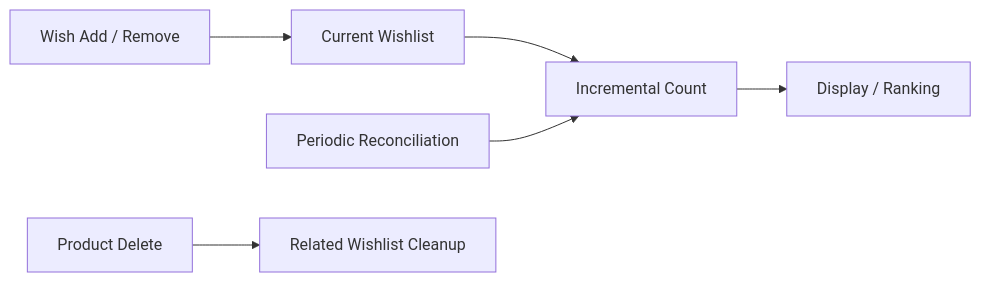
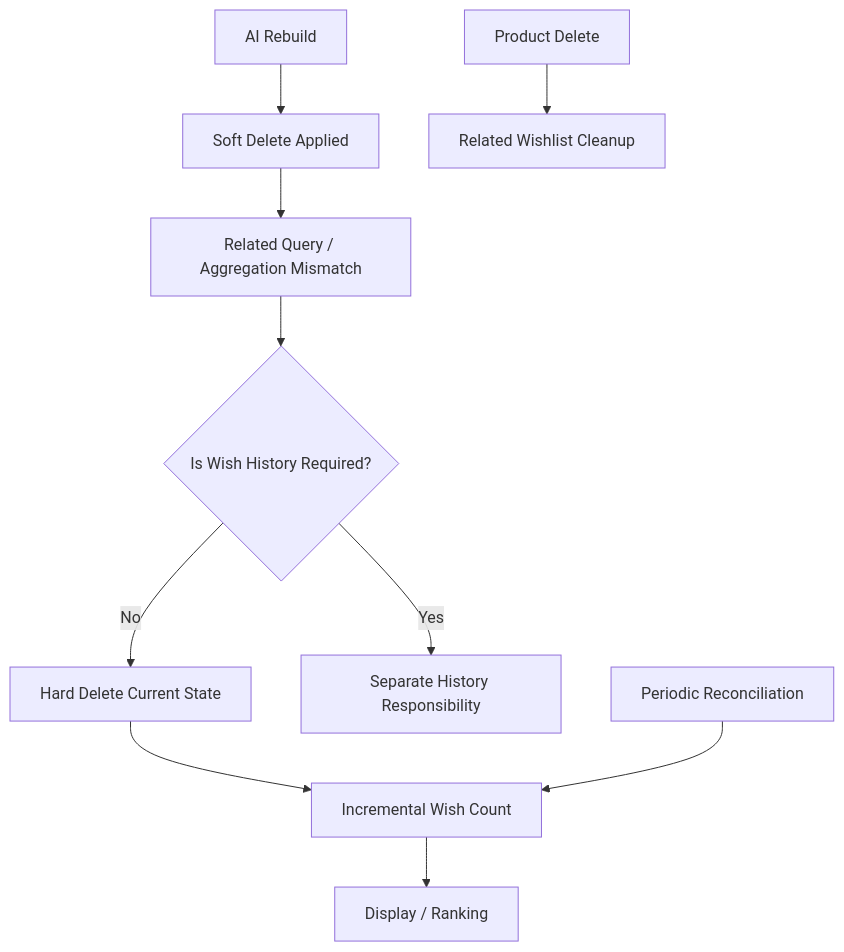
The first of 4 diagrams in resume/zigzag/index.md (dev-wonny/engineering-notes), drawn with Mermaid before and after one commit. The commit also changed other lines of this file, not shown here.

Commit message:
Lead DS experience with AI wishlist domain redesign

````diff
--- a/resume/zigzag/index.md
+++ b/resume/zigzag/index.md
@@ -37,8 +113,12 @@
 ```mermaid
-flowchart LR
-    A[Wish Add / Remove] --> B[Current Wishlist]
-    B --> C[Incremental Count]
-    C --> D[Display / Ranking]
-    E[Periodic Reconciliation] --> C
-    F[Product Delete] --> G[Related Wishlist Cleanup]
+flowchart TD
+    A[AI Rebuild] --> B[Soft Delete Applied]
+    B --> C[Related Query / Aggregation Mismatch]
+    C --> D{Is Wish History Required?}
+    D -->|No| E[Hard Delete Current State]
+    D -->|Yes| F[Separate History Responsibility]
+    E --> G[Incremental Wish Count]
+    G --> H[Display / Ranking]
+    I[Periodic Reconciliation] --> G
+    J[Product Delete] --> K[Related Wishlist Cleanup]
 ```
````
